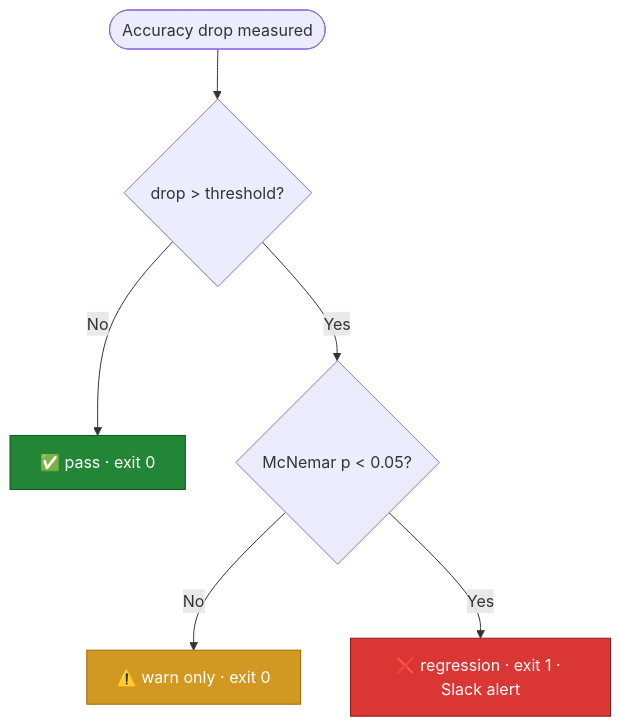
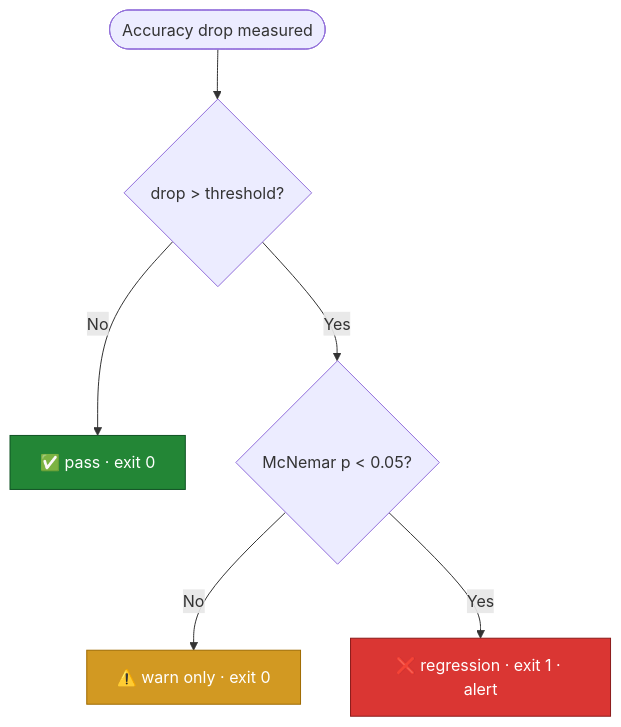
One commit to Avinash15042002/failprobe changed the second of 2 diagrams in README.md. Above: the diagram before and after it, drawn with Mermaid. The commit also changed other lines of this file and 133 other files, not shown here.

````diff
--- a/README.md
+++ b/README.md
@@ -133,15 +132,15 @@
 ```mermaid
 flowchart TD
     S([Accuracy drop measured]) --> T{drop &gt; threshold?}
     T -- No --> P["✅ pass · exit 0"]
     T -- Yes --> U{McNemar p &lt; 0.05?}
     U -- No --> W["⚠️ warn only · exit 0"]
-    U -- Yes --> F["❌ regression · exit 1 · Slack alert"]
+    U -- Yes --> F["❌ regression · exit 1 · alert"]
 
     classDef ok fill:#238636,stroke:#0f5323,color:#fff;
     classDef warn fill:#d29922,stroke:#9e6a00,color:#fff;
     classDef bad fill:#da3633,stroke:#8b1a1a,color:#fff;
     class P ok;
     class W warn;
     class F bad;
 ```
````
